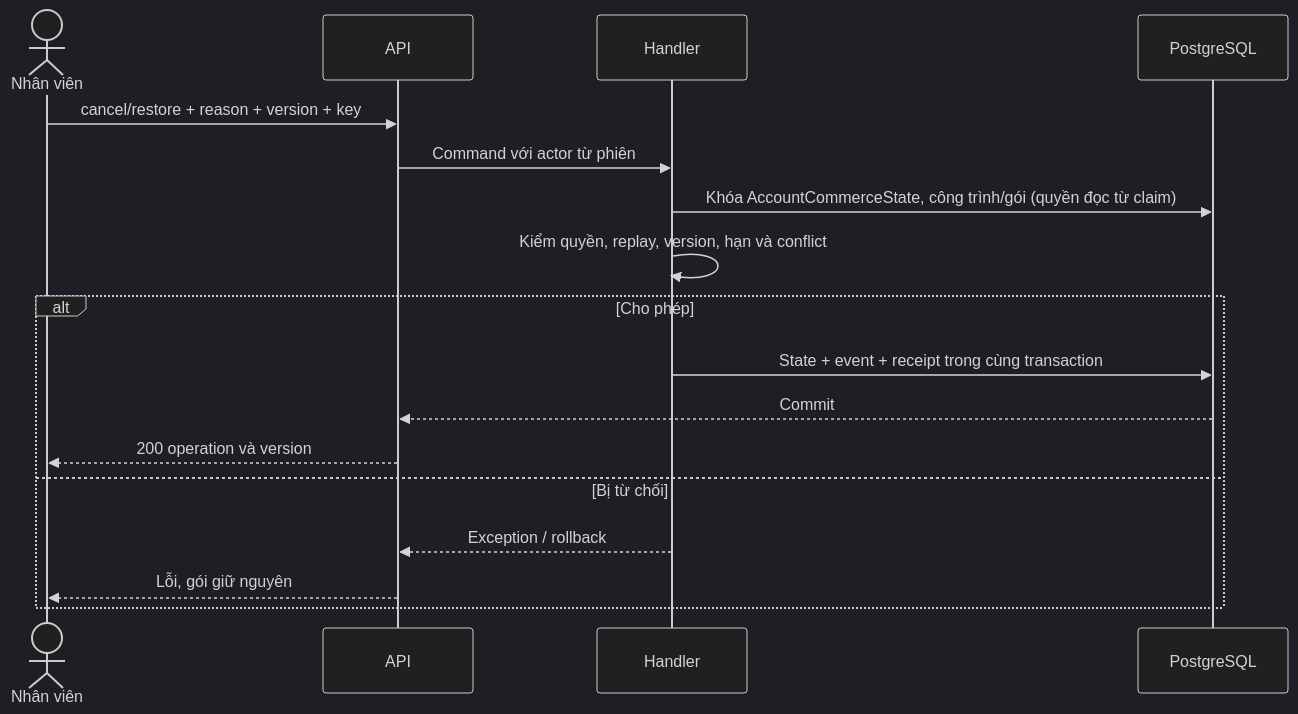
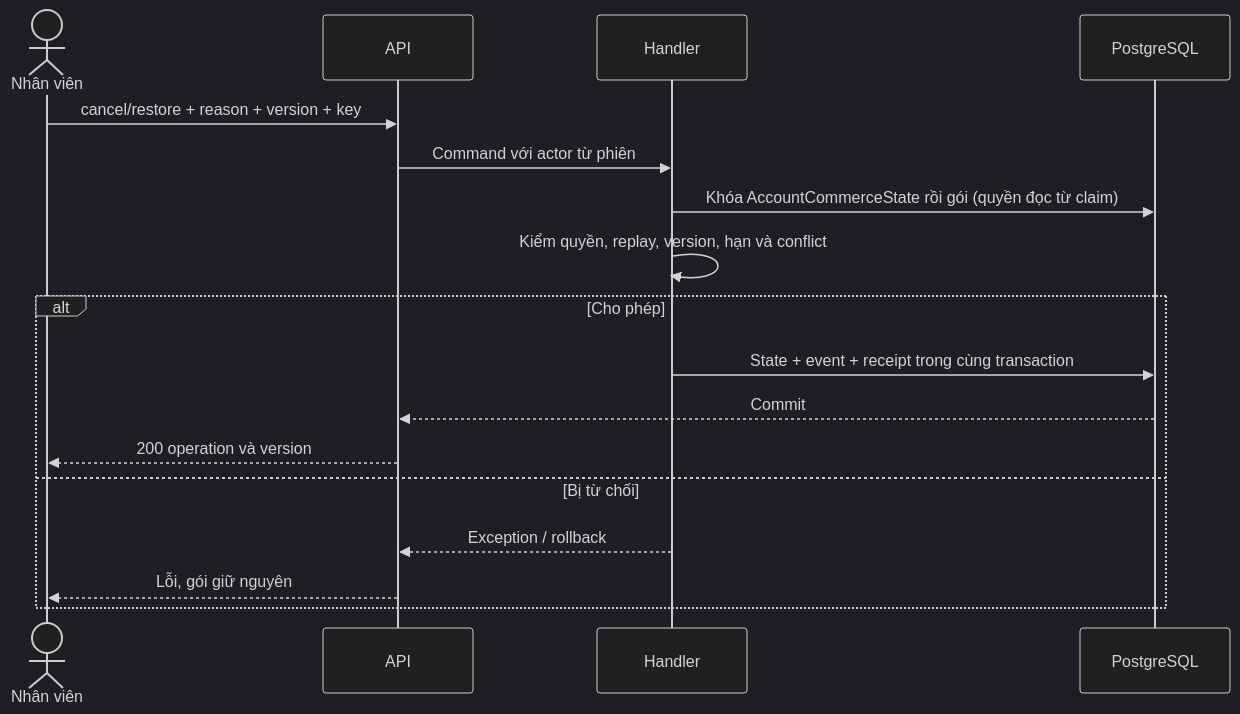
The second of 5 diagrams in tdd/TDD-SUB-005.md (TaskCoper/bmt-documentation), drawn with Mermaid (dark theme) before and after one commit. The commit also changed other lines of this file and 15 other files, not shown here.

````diff
--- a/tdd/TDD-SUB-005.md
+++ b/tdd/TDD-SUB-005.md
@@ -137,19 +139,19 @@
 ```mermaid
 sequenceDiagram
     actor S as Nhân viên
     participant A as API
     participant H as Handler
     participant D as PostgreSQL
     S->>A: cancel/restore + reason + version + key
     A->>H: Command với actor từ phiên
-    H->>D: Khóa AccountCommerceState, công trình/gói (quyền đọc từ claim)
+    H->>D: Khóa AccountCommerceState rồi gói (quyền đọc từ claim)
     H->>H: Kiểm quyền, replay, version, hạn và conflict
     alt Cho phép
       H->>D: State + event + receipt trong cùng transaction
       D-->>A: Commit
       A-->>S: 200 operation và version
     else Bị từ chối
       H-->>A: Exception / rollback
       A-->>S: Lỗi, gói giữ nguyên
     end
 ```
````
